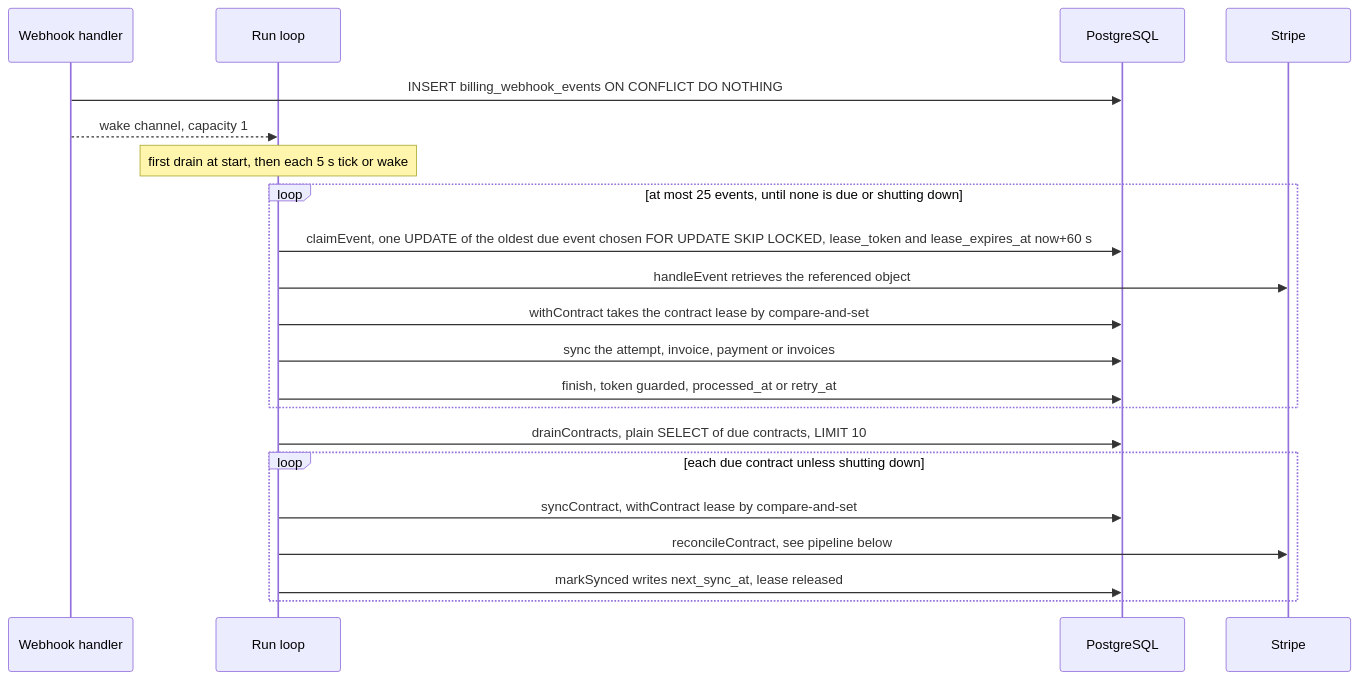
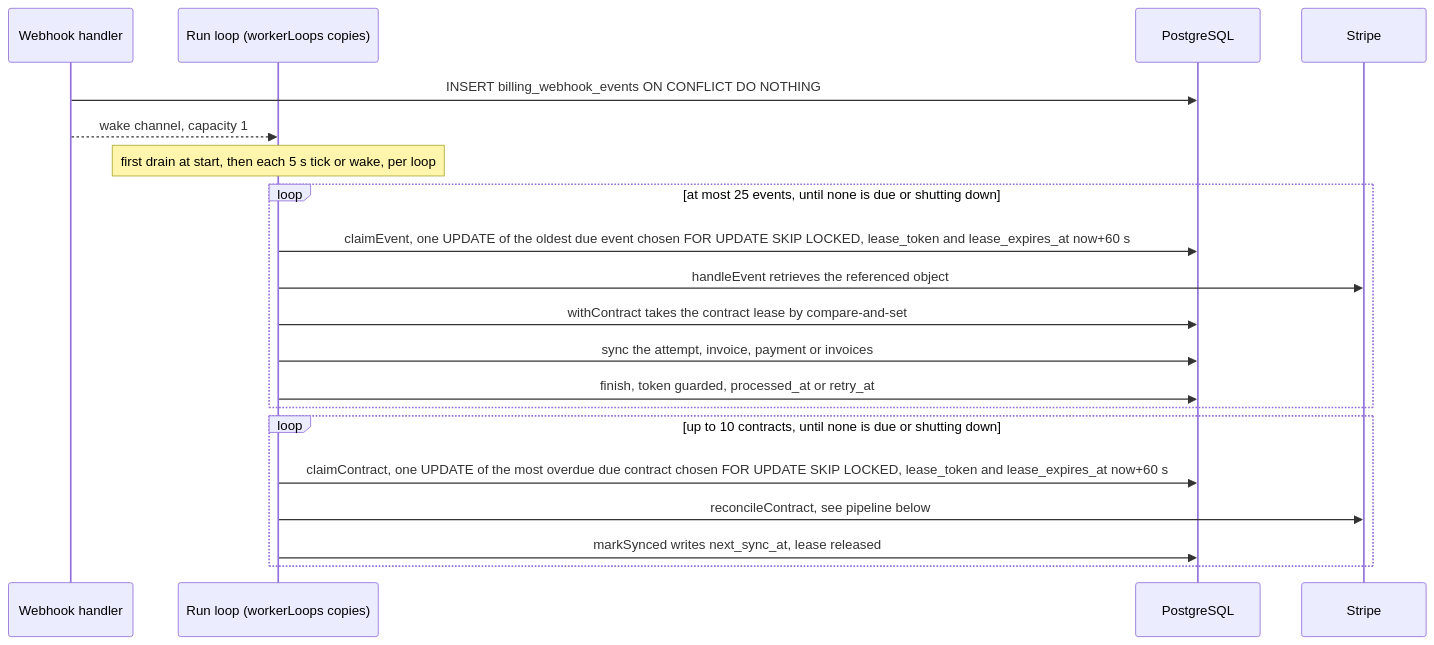
One commit to devGabriel131/ProjectHermes changed the first of 2 diagrams in docs/billing/worker.md. Above: the diagram before and after it, drawn with Mermaid. The commit also changed other lines of this file and 1 other file, not shown here.

First line of the commit message:
feat(billing): run four worker loops with per-contract SKIP LOCKED claims

````diff
--- a/docs/billing/worker.md
+++ b/docs/billing/worker.md
@@ -11,23 +11,22 @@
 ```mermaid
 sequenceDiagram
     participant WH as Webhook handler
-    participant W as Run loop
+    participant W as Run loop (workerLoops copies)
     participant DB as PostgreSQL
     participant S as Stripe
     WH->>DB: INSERT billing_webhook_events ON CONFLICT DO NOTHING
     WH-->>W: wake channel, capacity 1
-    Note over W: first drain at start, then each 5 s tick or wake
+    Note over W: first drain at start, then each 5 s tick or wake, per loop
     loop at most 25 events, until none is due or shutting down
         W->>DB: claimEvent, one UPDATE of the oldest due event chosen FOR UPDATE SKIP LOCKED, lease_token and lease_expires_at now+60 s
         W->>S: handleEvent retrieves the referenced object
         W->>DB: withContract takes the contract lease by compare-and-set
         W->>DB: sync the attempt, invoice, payment or invoices
         W->>DB: finish, token guarded, processed_at or retry_at
     end
-    W->>DB: drainContracts, plain SELECT of due contracts, LIMIT 10
-    loop each due contract unless shutting down
-        W->>DB: syncContract, withContract lease by compare-and-set
+    loop up to 10 contracts, until none is due or shutting down
+        W->>DB: claimContract, one UPDATE of the most overdue due contract chosen FOR UPDATE SKIP LOCKED, lease_token and lease_expires_at now+60 s
         W->>S: reconcileContract, see pipeline below
         W->>DB: markSynced writes next_sync_at, lease released
     end
 ```
````
